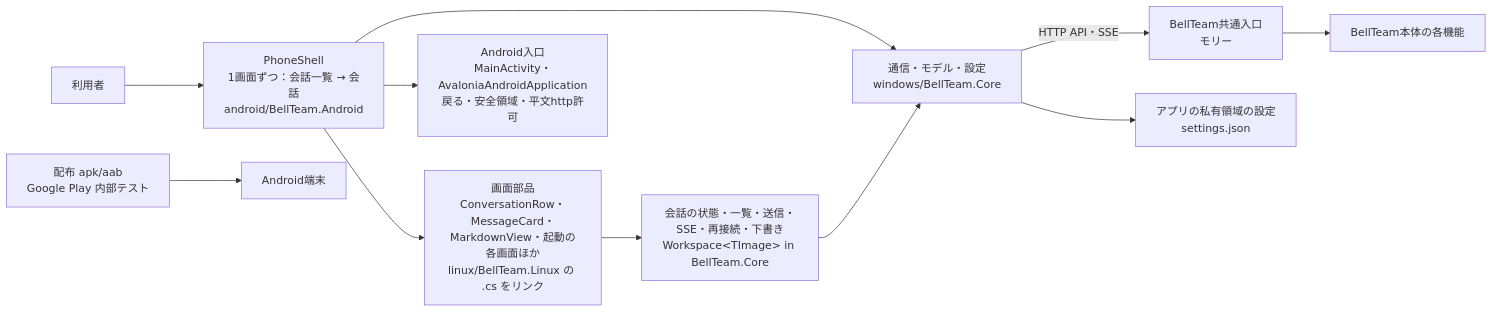
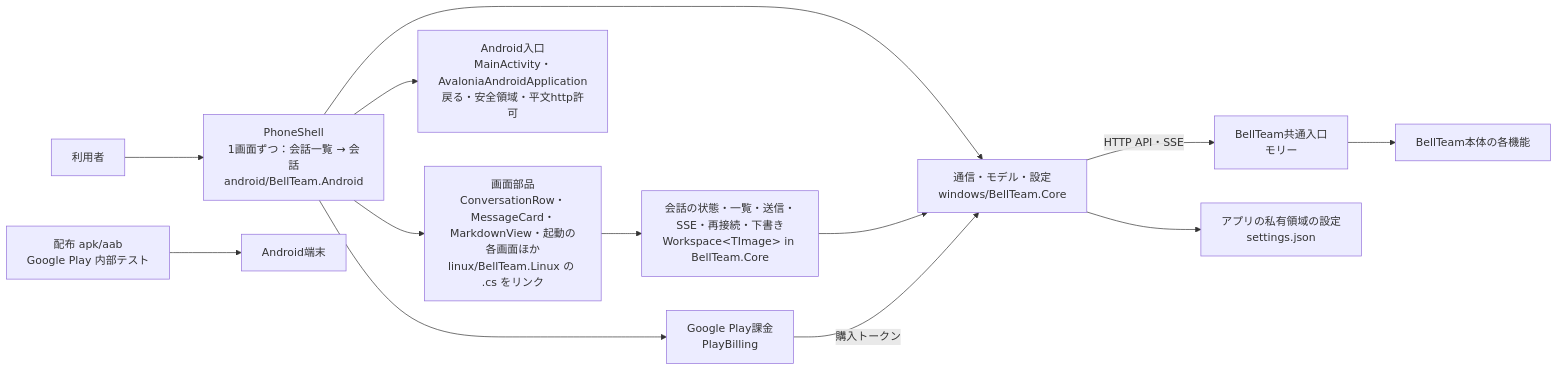
Before and after one commit to kitepon/BellTeam: the first of 2 diagrams in docs/android-architecture.md, drawn with Mermaid. The commit also changed other lines of this file and 6 other files, not shown here.

Commit message:
a350: Android settings page, Google Play purchase rows and Play Billing, application id dev.kitepon.bellbot

````diff
--- a/docs/android-architecture.md
+++ b/docs/android-architecture.md
@@ -9,13 +9,15 @@
 ```mermaid
 flowchart LR
   user[利用者] --> shell[PhoneShell<br/>1画面ずつ：会話一覧 → 会話<br/>android/BellTeam.Android]
   shell --> views[画面部品<br/>ConversationRow・MessageCard・MarkdownView・起動の各画面ほか<br/>linux/BellTeam.Linux の .cs をリンク]
   views --> ws[会話の状態・一覧・送信・SSE・再接続・下書き<br/>Workspace&lt;TImage&gt; in BellTeam.Core]
   shell --> core[通信・モデル・設定<br/>windows/BellTeam.Core]
   ws --> core
   core -->|HTTP API・SSE| integration[BellTeam共通入口<br/>モリー]
   core --> local[アプリの私有領域の設定<br/>settings.json]
+  shell --> billing[Google Play課金<br/>PlayBilling]
+  billing -->|購入トークン| core
   shell --> android[Android入口<br/>MainActivity・AvaloniaAndroidApplication<br/>戻る・安全領域・平文http許可]
   release[配布 apk/aab<br/>Google Play 内部テスト] --> device[Android端末]
   integration --> server[BellTeam本体の各機能]
 ```
````
